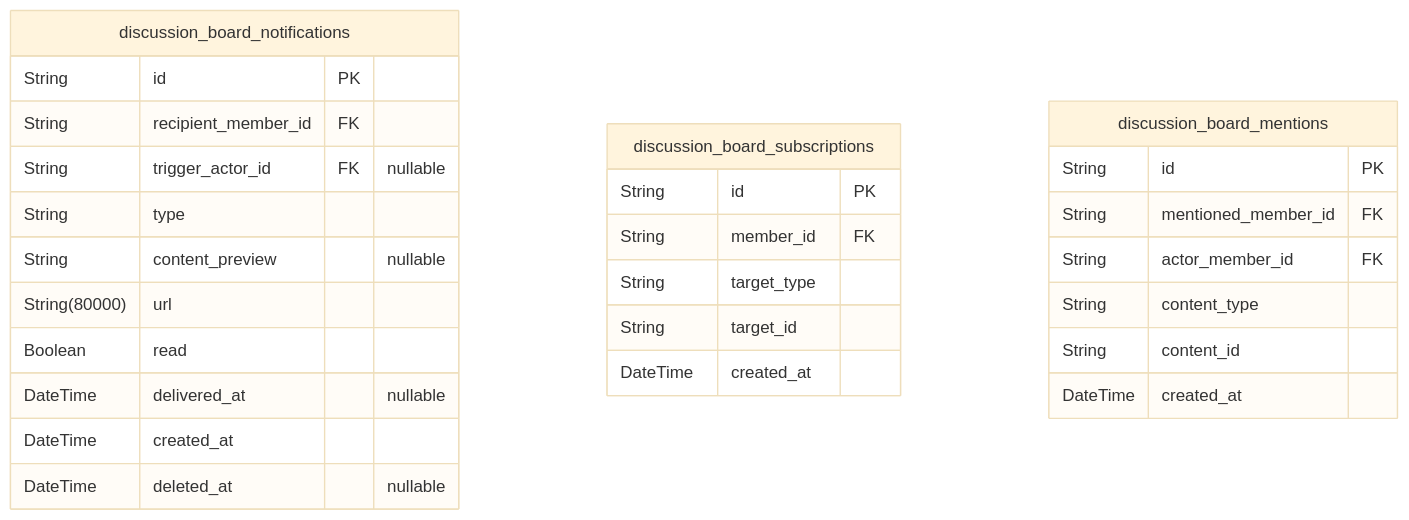
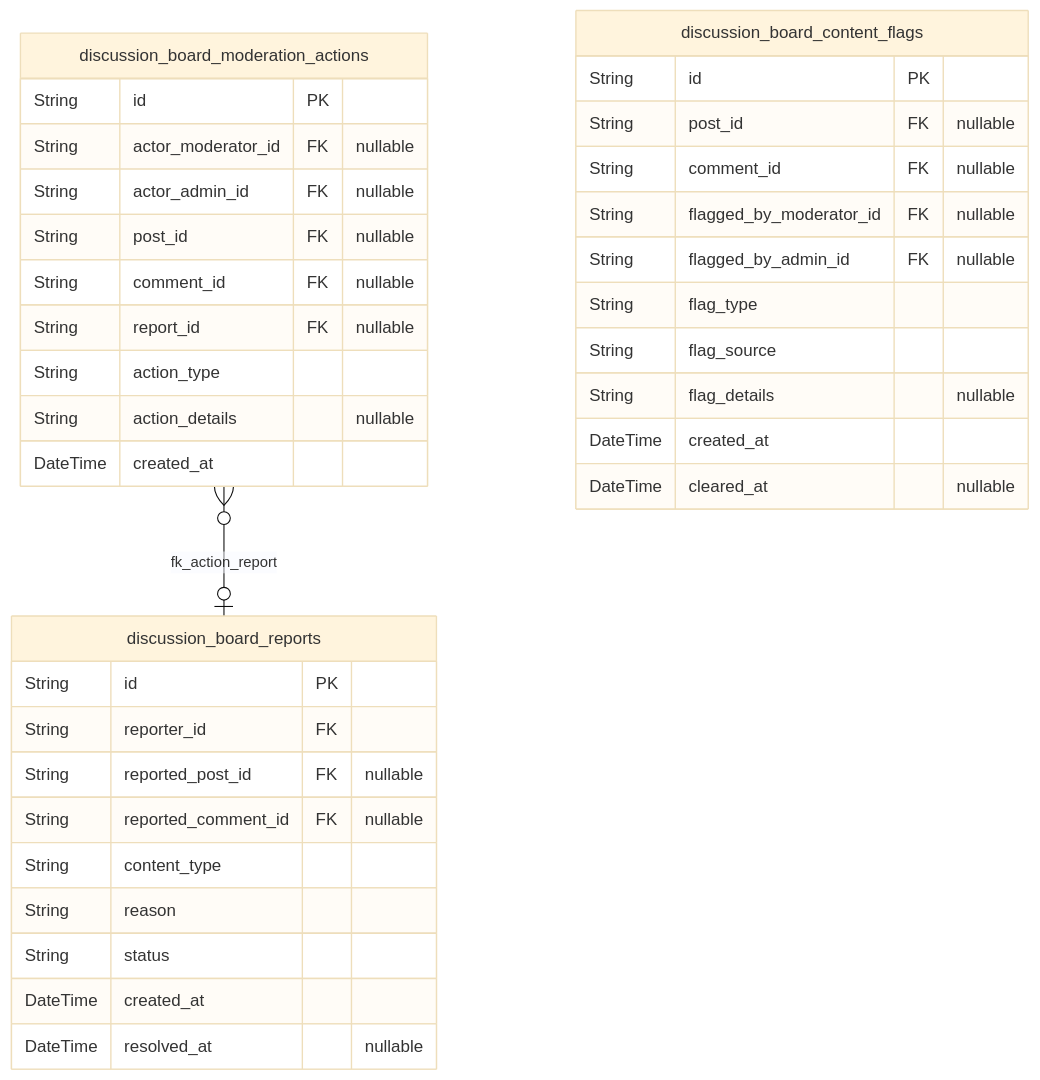
The fifth of 8 diagrams in docs/ERD.md (wrtnlabs/autobe-example-bbs-openai-gpt-4.1), drawn with Mermaid (base theme) before and after one commit. The commit also changed other lines of this file and 1035 other files, not shown here.

````diff
--- a/docs/ERD.md
+++ b/docs/ERD.md
@@ -419,30 +460,38 @@
 ```mermaid
 erDiagram
-"discussion_board_notifications" {
+"discussion_board_reports" {
   String id PK
-  String recipient_member_id FK
-  String trigger_actor_id FK "nullable"
-  String type
-  String content_preview "nullable"
-  String(80000) url
-  Boolean read
-  DateTime delivered_at "nullable"
+  String reporter_id FK
+  String reported_post_id FK "nullable"
+  String reported_comment_id FK "nullable"
+  String content_type
+  String reason
+  String status
   DateTime created_at
-  DateTime deleted_at "nullable"
+  DateTime resolved_at "nullable"
 }
-"discussion_board_subscriptions" {
+"discussion_board_moderation_actions" {
   String id PK
-  String member_id FK
-  String target_type
-  String target_id
+  String actor_moderator_id FK "nullable"
+  String actor_admin_id FK "nullable"
+  String post_id FK "nullable"
+  String comment_id FK "nullable"
+  String report_id FK "nullable"
+  String action_type
+  String action_details "nullable"
   DateTime created_at
 }
-"discussion_board_mentions" {
+"discussion_board_content_flags" {
   String id PK
-  String mentioned_member_id FK
-  String actor_member_id FK
-  String content_type
-  String content_id
+  String post_id FK "nullable"
+  String comment_id FK "nullable"
+  String flagged_by_moderator_id FK "nullable"
+  String flagged_by_admin_id FK "nullable"
+  String flag_type
+  String flag_source
+  String flag_details "nullable"
   DateTime created_at
+  DateTime cleared_at "nullable"
 }
+"discussion_board_moderation_actions" }o--o| "discussion_board_reports" : fk_action_report
 ```
````
